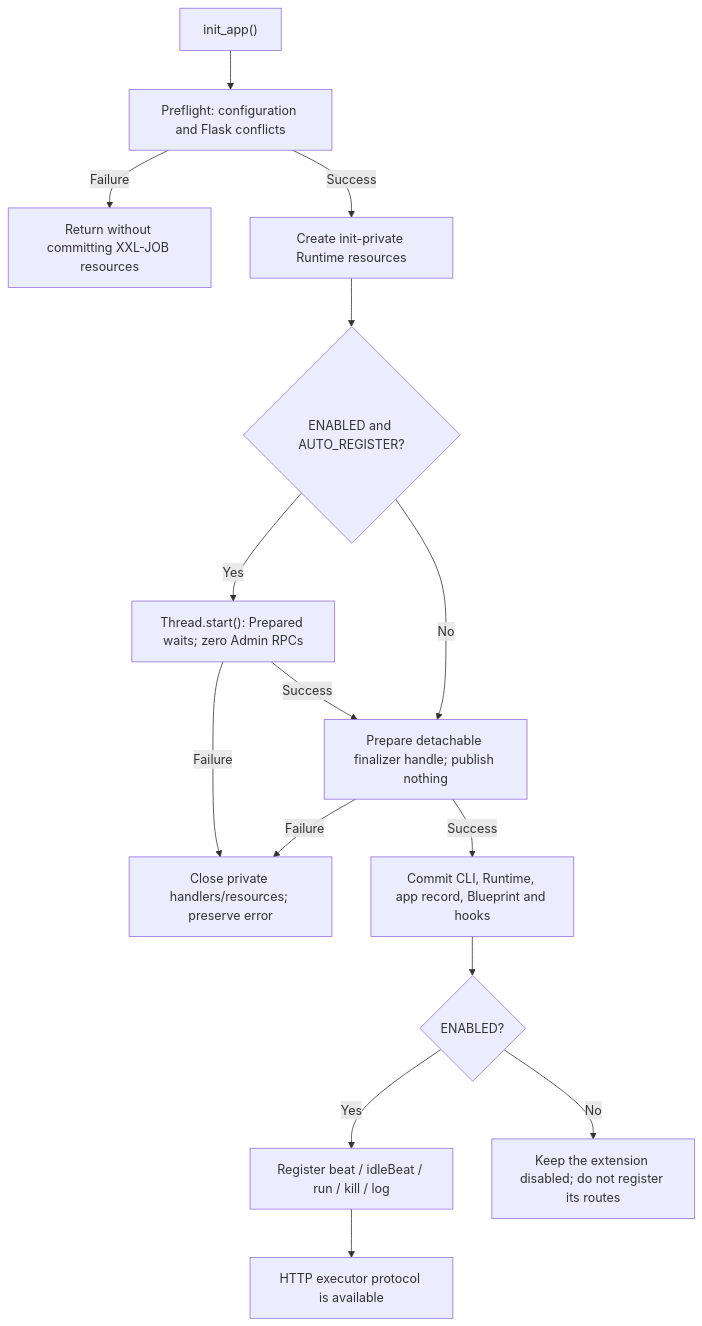
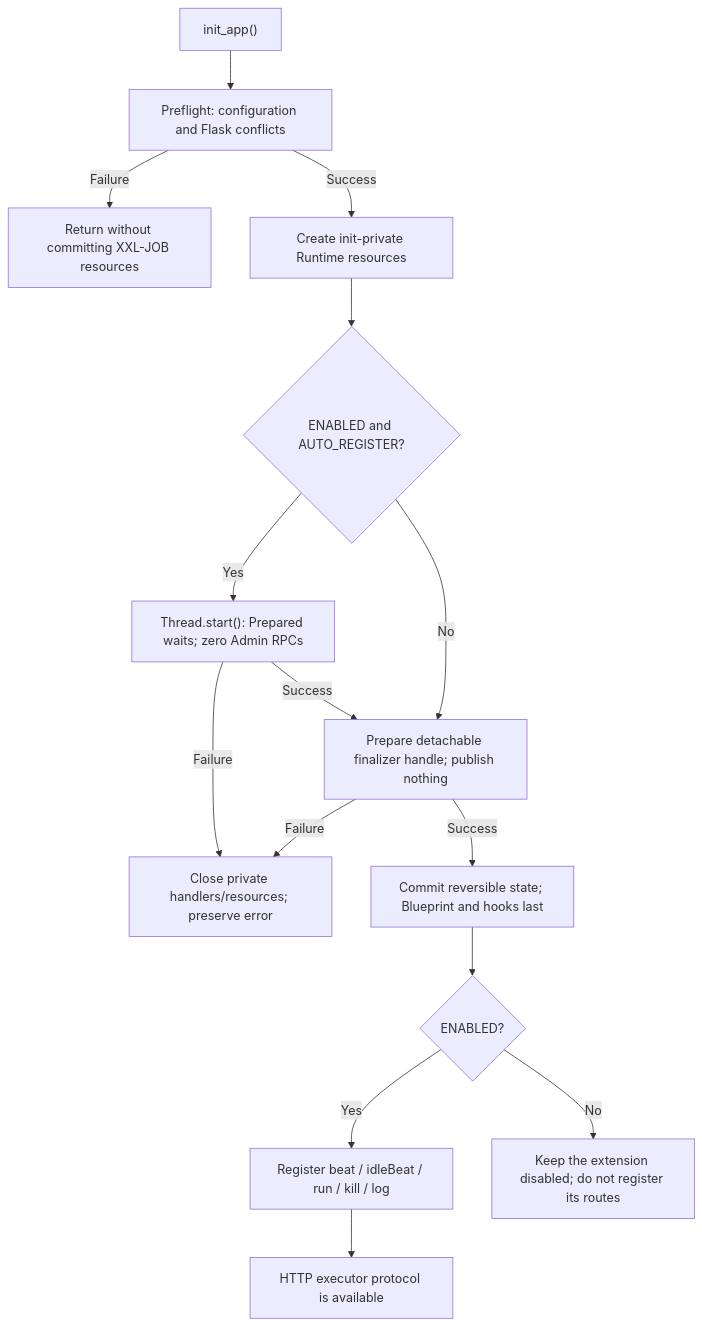
Before and after one commit to pumpkin-nbc/Flask-XXLJob: the first of 4 diagrams in docs/deployment.md, drawn with Mermaid. The commit also changed other lines of this file and 33 other files, not shown here.

````diff
--- a/docs/deployment.md
+++ b/docs/deployment.md
@@ -11,17 +12,17 @@
 ```mermaid
 flowchart TD
     A["init_app()"] --> B["Preflight: configuration and Flask conflicts"]
     B -->|"Failure"| C["Return without committing XXL-JOB resources"]
     B -->|"Success"| P["Create init-private Runtime resources"]
     P --> Q{"ENABLED and AUTO_REGISTER?"}
     Q -->|"Yes"| R["Thread.start(): Prepared waits; zero Admin RPCs"]
     R -->|"Failure"| S["Close private handlers/resources; preserve error"]
     R -->|"Success"| T["Prepare detachable finalizer handle; publish nothing"]
     Q -->|"No"| T
     T -->|"Failure"| S
-    T -->|"Success"| D["Commit CLI, Runtime, app record, Blueprint and hooks"]
+    T -->|"Success"| D["Commit reversible state; Blueprint and hooks last"]
     D --> E{"ENABLED?"}
     E -->|"Yes"| F["Register beat / idleBeat / run / kill / log"]
     F --> G["HTTP executor protocol is available"]
     E -->|"No"| H["Keep the extension disabled; do not register its routes"]
 ```
````
